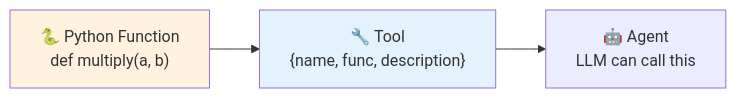
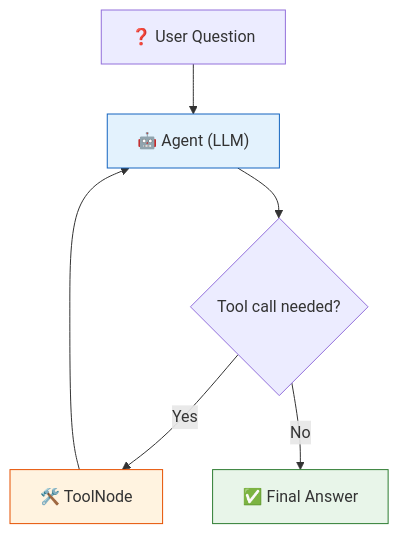
Before and after one commit to remolaan/Agentic-AI-Cookbook: the diagram in 12_agents/README.md, drawn with Mermaid. The commit also changed other lines of this file and 18 other files, not shown here.

````diff
--- a/12_agents/README.md
+++ b/12_agents/README.md
@@ -65,7 +11,12 @@
 ```mermaid
-flowchart LR
-    F["🐍 Python Function<br/>def multiply(a, b)"] --> T["🔧 Tool<br/>{name, func, description}"]
-    T --> A["🤖 Agent<br/>LLM can call this"]
-    style T fill:#e3f2fd
-    style F fill:#fff3e0
+flowchart TD
+    Q["❓ User Question"] --> A["🤖 Agent (LLM)"]
+    A --> T{"Tool call needed?"}
+    T -->|"Yes"| TN["🛠️ ToolNode"]
+    TN --> A
+    T -->|"No"| R["✅ Final Answer"]
+    
+    style A fill:#e3f2fd,stroke:#1565c0
+    style TN fill:#fff3e0,stroke:#e65100
+    style R fill:#e8f5e9,stroke:#2e7d32
 ```
````
